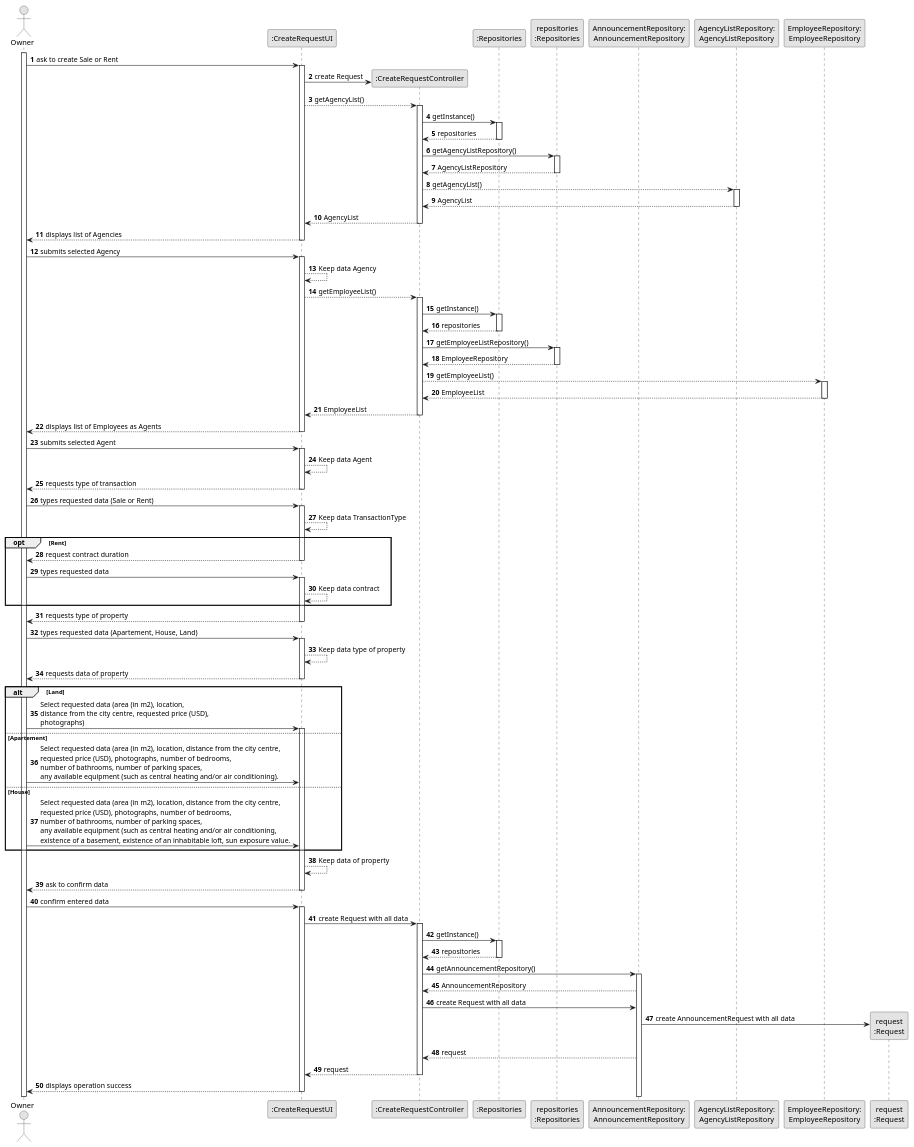
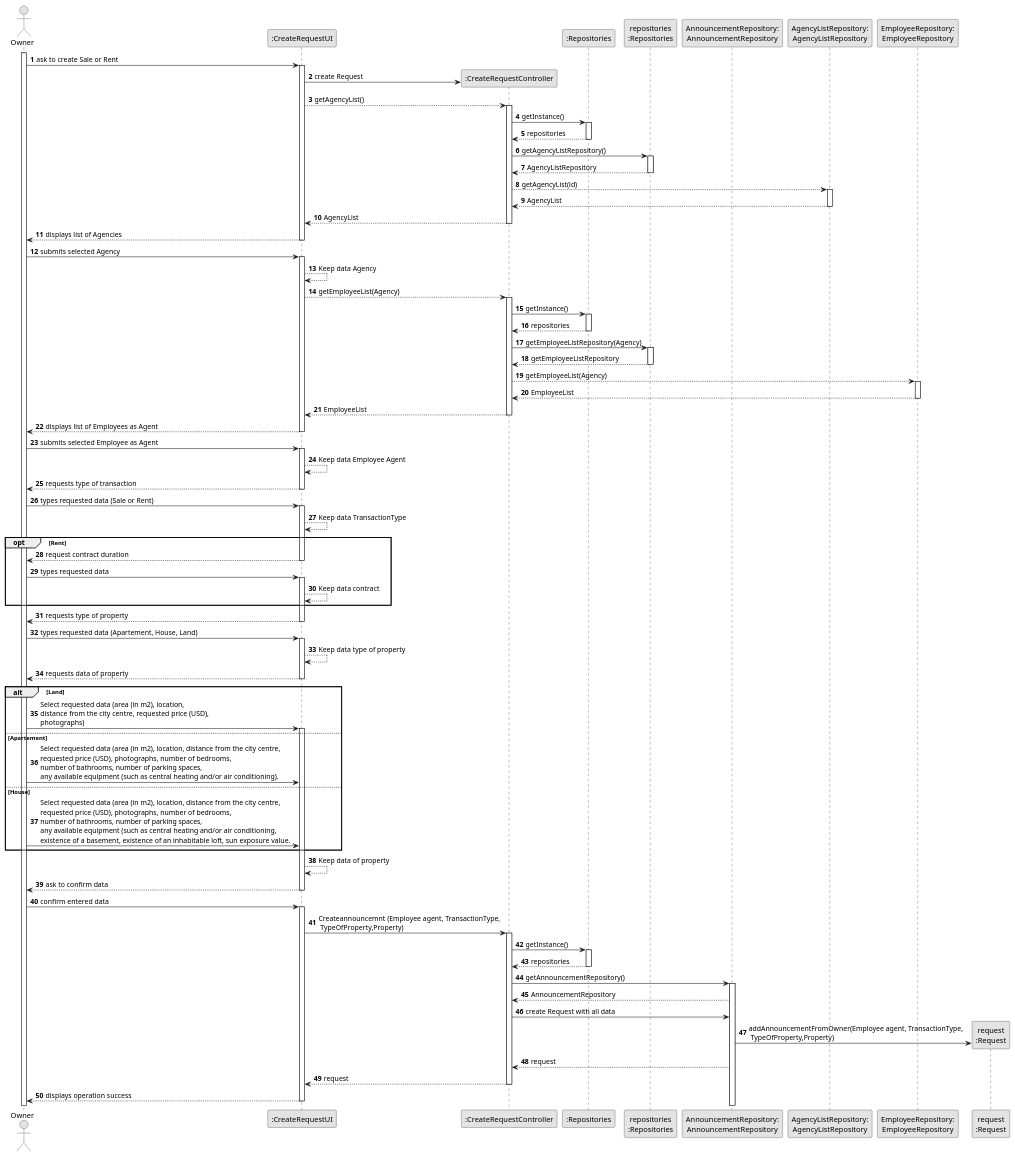
One commit to Goncalves2525/real-estate-management-system changed the diagram in docs/sprintB/us004/03.design/puml/us004-sequence-diagram-full.puml. Above: the diagram before and after it, drawn with PlantUML. The commit also changed 2 other files, not shown here.

```diff
--- a/docs/sprintB/us004/03.design/puml/us004-sequence-diagram-full.puml
+++ b/docs/sprintB/us004/03.design/puml/us004-sequence-diagram-full.puml
@@ -1,168 +1,168 @@
 @startuml
 skinparam monochrome true
 skinparam packageStyle rectangle
 skinparam shadowing false
 
 autonumber
 
 'hide footbox
 actor "Owner" as OWNER
 participant ":CreateRequestUI" as UI
 participant ":CreateRequestController" as CTRL
 participant ":Repositories" as RepositorySingleton
 participant "repositories\n:Repositories" as PLAT
 participant "AnnouncementRepository:\nAnnouncementRepository" as AnnouncementRepository
 participant "AgencyListRepository:\nAgencyListRepository" as AgencyListRepository
 participant "EmployeeRepository:\nEmployeeRepository" as EmployeeRepository
 participant "request\n:Request" as REQUEST
 
 
 activate OWNER
 
         OWNER -> UI : ask to create Sale or Rent
 
         activate UI
 
             UI -> CTRL** : create Request
                 UI --> CTRL : getAgencyList()
                 activate CTRL
 
                  CTRL -> RepositorySingleton : getInstance()
 
                  activate RepositorySingleton
 
                  RepositorySingleton --> CTRL: repositories
 
                  deactivate RepositorySingleton
 
                   CTRL -> PLAT : getAgencyListRepository()
                   activate PLAT
 
                   PLAT --> CTRL: AgencyListRepository
                   deactivate PLAT
 
-                CTRL --> AgencyListRepository : getAgencyList()
+                CTRL --> AgencyListRepository : getAgencyList(id)
 
                 activate AgencyListRepository
 
                 AgencyListRepository --> CTRL : AgencyList
 
                 deactivate AgencyListRepository
                 CTRL--> UI : AgencyList
                 deactivate
 
                 UI --> OWNER : displays list of Agencies
 
                 deactivate  UI
 
                     OWNER -> UI :submits selected Agency
 
                 activate UI
                 UI --> UI : Keep data Agency
-                UI --> CTRL : getEmployeeList()
+                UI --> CTRL : getEmployeeList(Agency)
                 activate CTRL
 
                  CTRL -> RepositorySingleton : getInstance()
 
                  activate RepositorySingleton
 
                  RepositorySingleton --> CTRL: repositories
 
                  deactivate RepositorySingleton
 
-                 CTRL -> PLAT : getEmployeeListRepository()
+                 CTRL -> PLAT : getEmployeeListRepository(Agency)
                  activate PLAT
 
-                 PLAT --> CTRL: EmployeeRepository
+                 PLAT --> CTRL: getEmployeeListRepository
                  deactivate PLAT
 
 
 
-                CTRL --> EmployeeRepository : getEmployeeList()
+                CTRL --> EmployeeRepository : getEmployeeList(Agency)
                 activate EmployeeRepository
 
                 EmployeeRepository --> CTRL : EmployeeList
                 deactivate EmployeeRepository
                 CTRL--> UI : EmployeeList
                 deactivate CTRL
 
-                UI --> OWNER :displays list of Employees as Agents
+                UI --> OWNER :displays list of Employees as Agent
                 deactivate UI
 
 
-                OWNER -> UI : submits selected Agent
+                OWNER -> UI : submits selected Employee as Agent
                 activate UI
-                UI --> UI : Keep data Agent
+                UI --> UI : Keep data Employee Agent
 
 
                     UI --> OWNER : requests type of transaction
 
                     deactivate UI
                     OWNER -> UI : types requested data (Sale or Rent)
 
                 activate UI
                     UI --> UI : Keep data TransactionType
 
                 opt Rent
                  '   UI --> : getContractDuration()
                     UI --> OWNER: request contract duration
                     deactivate UI
 
                     OWNER -> UI: types requested data
                     activate UI
                     UI --> UI : Keep data contract
                 end
                     'UI --> : getPropertyTypeList()
                     UI --> OWNER : requests type of property
                 deactivate UI
 
                     OWNER -> UI : types requested data (Apartement, House, Land)
                 activate UI
 
                        UI --> UI : Keep data type of property
                         UI --> OWNER : requests data of property
                 deactivate UI
 
                 alt  Land
 
                     OWNER -> UI: Select requested data (area (in m2), location, \ndistance from the city centre, requested price (USD), \nphotographs)
                 activate UI
                 else  Apartement
                     OWNER -> UI: Select requested data (area (in m2), location, distance from the city centre, \nrequested price (USD), photographs, number of bedrooms,\nnumber of bathrooms, number of parking spaces,\nany available equipment (such as central heating and/or air conditioning).
                 else  House
                     OWNER -> UI: Select requested data (area (in m2), location, distance from the city centre, \nrequested price (USD), photographs, number of bedrooms,\nnumber of bathrooms, number of parking spaces,\nany available equipment (such as central heating and/or air conditioning, \nexistence of a basement, existence of an inhabitable loft, sun exposure value.
                 end
                 UI --> UI : Keep data of property
 
                         UI --> OWNER : ask to confirm data
                 deactivate UI
 
                         OWNER -> UI: confirm entered data
                 activate UI
-                UI -> CTRL : create Request with all data
+                UI -> CTRL : Createannouncemnt (Employee agent, TransactionType,\n TypeOfProperty,Property)
                 activate CTRL
                 CTRL -> RepositorySingleton : getInstance()
 
                  activate RepositorySingleton
 
                  RepositorySingleton --> CTRL: repositories
 
                  deactivate RepositorySingleton
 
                  CTRL -> AnnouncementRepository : getAnnouncementRepository()
                  activate AnnouncementRepository
 
                  AnnouncementRepository --> CTRL : AnnouncementRepository
                  CTRL -> AnnouncementRepository: create Request with all data
 
-                 AnnouncementRepository -> REQUEST**: create AnnouncementRequest with all data
+                 AnnouncementRepository -> REQUEST**: addAnnouncementFromOwner(Employee agent, TransactionType,\n TypeOfProperty,Property)
                  AnnouncementRepository --> CTRL : request
 
                  CTRL --> UI :request
                  deactivate CTRL
 
                     UI --> OWNER : displays operation success
                 deactivate UI
 
 
             @enduml
```
